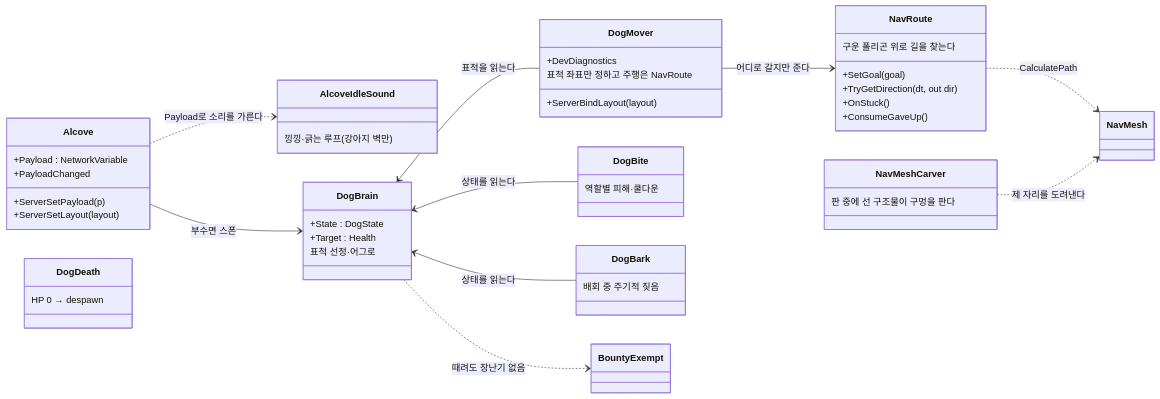
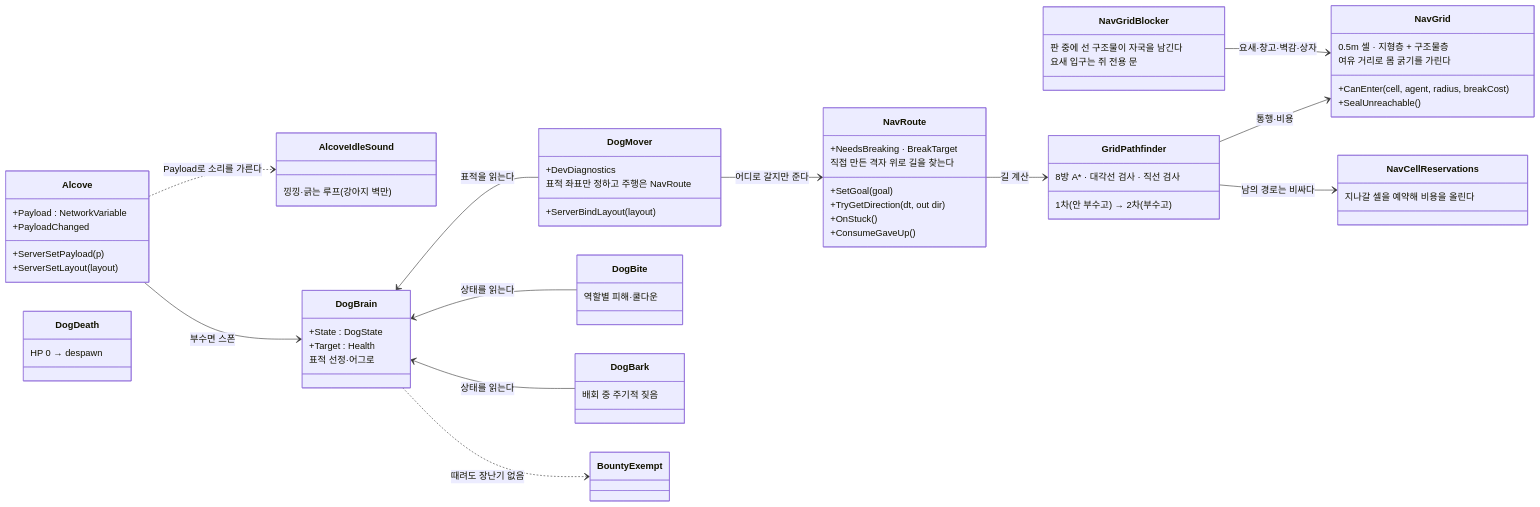
One commit to JeahanPark/The-Cheese-Thief-and-the-Cat changed the eighth of 17 diagrams in CTC/docs/design-vault/코드 다이어그램.md. Above: the diagram before and after it, drawn with Mermaid. The commit also changed other lines of this file and 3 other files, not shown here.

````diff
--- a/CTC/docs/design-vault/코드 다이어그램.md
+++ b/CTC/docs/design-vault/코드 다이어그램.md
@@ -339,55 +339,71 @@
 ```mermaid
 classDiagram
     direction LR
 
     class Alcove {
         +Payload : NetworkVariable
         +ServerSetPayload(p)
         +ServerSetLayout(layout)
         +PayloadChanged
     }
     class AlcoveIdleSound {
         낑낑·긁는 루프(강아지 벽만)
     }
     class DogBrain {
         +State : DogState
         +Target : Health
         표적 선정·어그로
     }
     class DogMover {
         +ServerBindLayout(layout)
         +DevDiagnostics
         표적 좌표만 정하고 주행은 NavRoute
     }
     class NavRoute {
         +SetGoal(goal)
         +TryGetDirection(dt, out dir)
         +OnStuck()
         +ConsumeGaveUp()
-        구운 폴리곤 위로 길을 찾는다
+        +NeedsBreaking · BreakTarget
+        직접 만든 격자 위로 길을 찾는다
     }
-    class NavMeshCarver {
-        판 중에 선 구조물이 구멍을 판다
+    class NavGrid {
+        0.5m 셀 · 지형층 + 구조물층
+        여유 거리로 몸 굵기를 가린다
+        +CanEnter(cell, agent, radius, breakCost)
+        +SealUnreachable()
+    }
+    class GridPathfinder {
+        8방 A* · 대각선 검사 · 직선 검사
+        1차(안 부수고) → 2차(부수고)
+    }
+    class NavCellReservations {
+        지나갈 셀을 예약해 비용을 올린다
+    }
+    class NavGridBlocker {
+        판 중에 선 구조물이 자국을 남긴다
+        요새 입구는 쥐 전용 문
     }
     class DogBite {
         역할별 피해·쿨다운
     }
     class DogBark {
         배회 중 주기적 짖음
     }
     class DogDeath {
         HP 0 → despawn
     }
     class BountyExempt
-    class NavMesh
 
     Alcove --> DogBrain : 부수면 스폰
     Alcove ..> AlcoveIdleSound : Payload로 소리를 가른다
     DogMover --> NavRoute : 어디로 갈지만 준다
-    NavRoute ..> NavMesh : CalculatePath
-    NavMeshCarver ..> NavMesh : 제 자리를 도려낸다
+    NavRoute --> GridPathfinder : 길 계산
+    GridPathfinder --> NavGrid : 통행·비용
+    GridPathfinder --> NavCellReservations : 남의 경로는 비싸다
+    NavGridBlocker --> NavGrid : 요새·창고·벽감·상자
     DogBrain <-- DogMover : 표적을 읽는다
     DogBrain <-- DogBite : 상태를 읽는다
     DogBrain <-- DogBark : 상태를 읽는다
     DogBrain ..> BountyExempt : 때려도 장난기 없음
 ```
````
